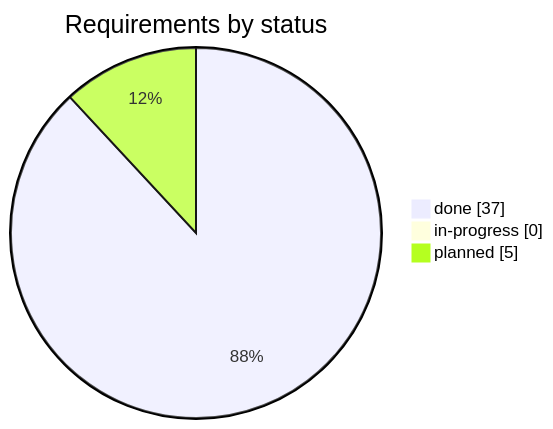
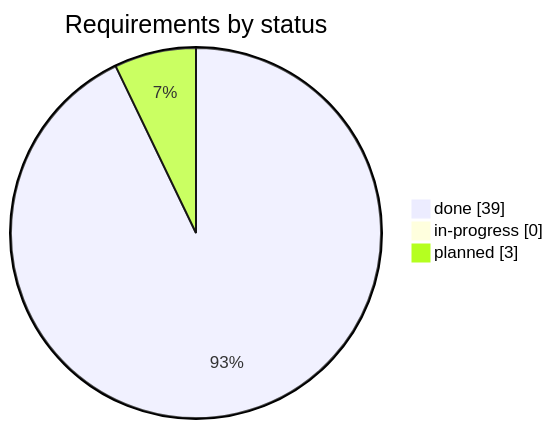
One commit to rikire/Exchange-Student-Guide-Platform changed the first of 2 diagrams in docs/gap-list.md. Above: the diagram before and after it, drawn with Mermaid. The commit also changed other lines of this file and 4 other files, not shown here.

````diff
--- a/docs/gap-list.md
+++ b/docs/gap-list.md
@@ -13,6 +13,6 @@
 ```mermaid
 pie showData title Requirements by status
-    "done" : 37
+    "done" : 39
     "in-progress" : 0
-    "planned" : 5
+    "planned" : 3
 ```
````
